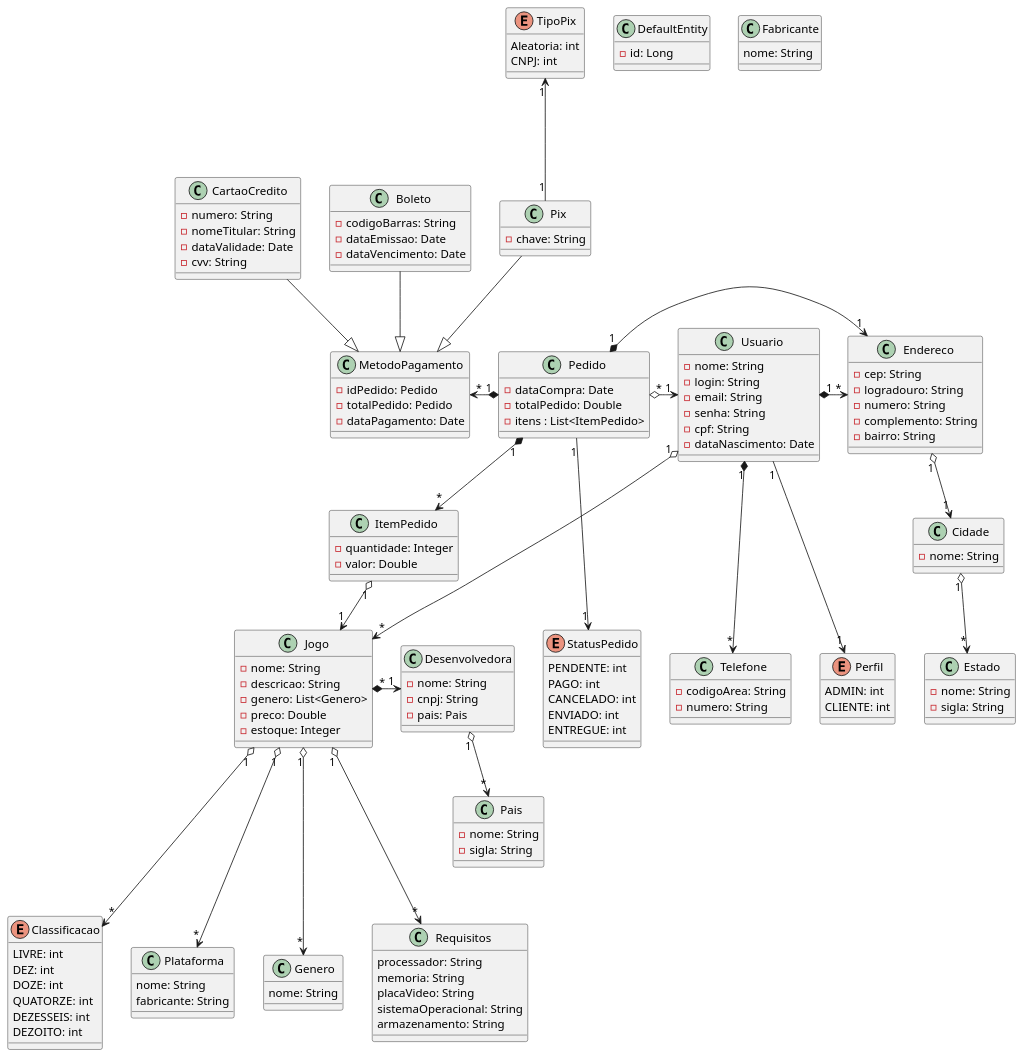
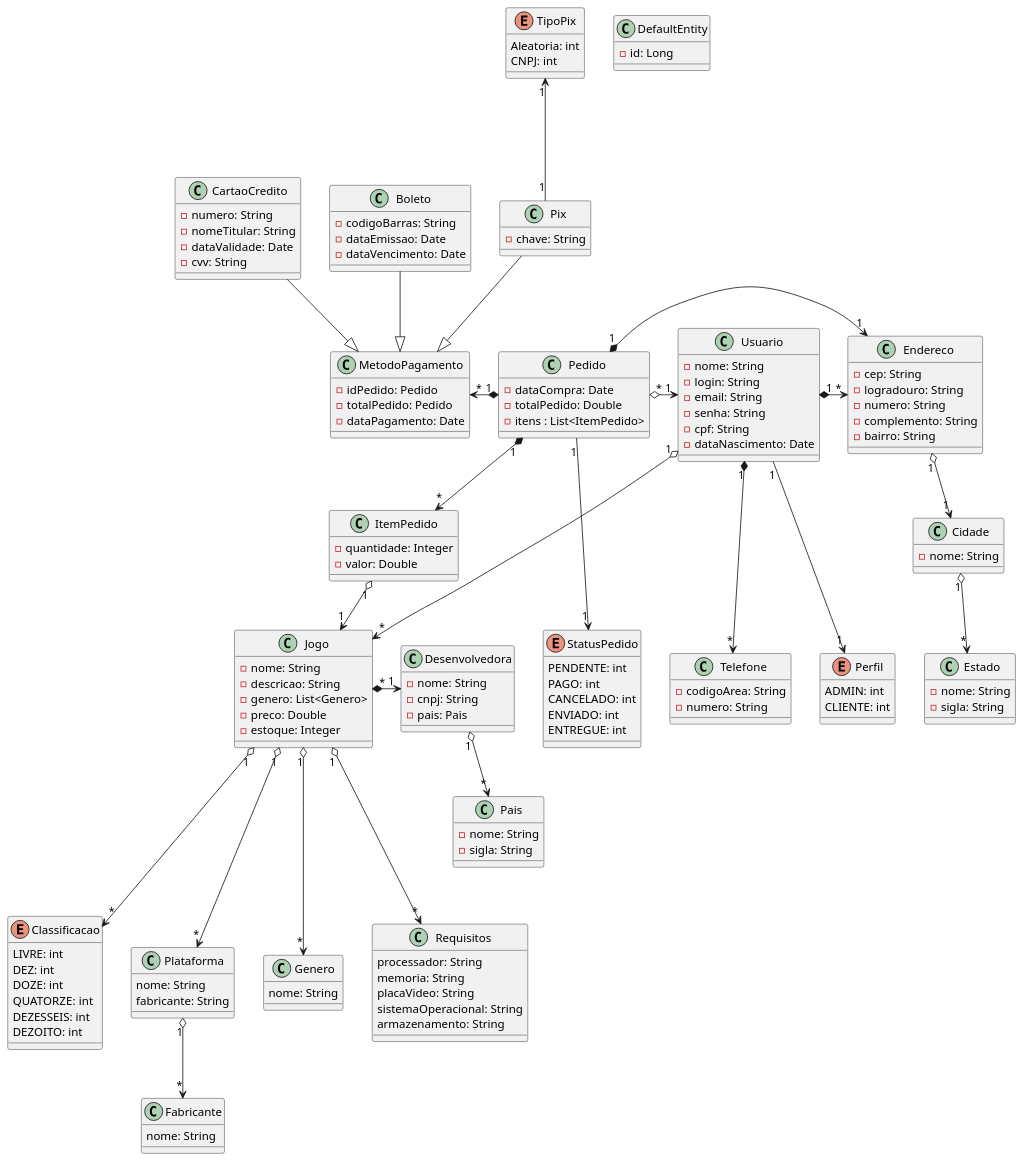
One commit to luisnoleto/topicos2-quarkus changed the diagram in uml.plantuml. Above: the diagram before and after it, drawn with PlantUML. The commit also changed 4 other files, not shown here.

```diff
--- a/uml.plantuml
+++ b/uml.plantuml
@@ -1,178 +1,178 @@
 @startuml Uml
 
 class DefaultEntity{
     - id: Long
 }
 
 class Usuario{
     - nome: String
     - login: String
     - email: String
     - senha: String
     - cpf: String
     - dataNascimento: Date
 }
 
 class CartaoCredito{
     - numero: String
     - nomeTitular: String
     - dataValidade: Date
     - cvv: String
 }
 
 class MetodoPagamento{
     - idPedido: Pedido
     - totalPedido: Pedido
     - dataPagamento: Date
 }
 
 
 class Telefone{
     - codigoArea: String
     - numero: String
 }
 
 class Jogo{
     - nome: String
     - descricao: String
     - genero: List<Genero>
     - preco: Double
     - estoque: Integer
 }
 
 class Boleto{
     - codigoBarras: String
     - dataEmissao: Date
     - dataVencimento: Date
 }
 
 class Pix{
     - chave: String
 }
 
 class Endereco{
     - cep: String
     - logradouro: String
     - numero: String
     - complemento: String
     - bairro: String
 }
 
 class Cidade{
     - nome: String
 }
 
 class Estado{
     - nome: String
     - sigla: String
 }
 
 class Pedido{
     - dataCompra: Date
     - totalPedido: Double
     - itens : List<ItemPedido>
 }
 
 class ItemPedido{
     - quantidade: Integer
     - valor: Double
 
 }
 
 class Pais{
     - nome: String
     - sigla: String
 
 }
 
 class Desenvolvedora{
     - nome: String
     - cnpj: String
     - pais: Pais
 }
 
 
 class Plataforma{
     nome: String
     fabricante: String
 }
 
 class Genero{
     nome: String
 }
 
 
 class Fabricante{
     nome: String
 }
 
 
 class Requisitos{
     processador: String
     memoria: String
     placaVideo: String
     sistemaOperacional: String
     armazenamento: String
 }
 
 Enum StatusPedido{
     PENDENTE: int
     PAGO: int
     CANCELADO: int
     ENVIADO: int
     ENTREGUE: int
 }
 
 Enum Classificacao{
     LIVRE: int
     DEZ: int
     DOZE: int
     QUATORZE: int
     DEZESSEIS: int
     DEZOITO: int
 }
 
 Enum TipoPix{
     Aleatoria: int
     CNPJ: int
 }
 
 Enum Perfil{
     ADMIN: int
     CLIENTE: int
 }
 
 
 
 Usuario "1" *--down-> "*" Telefone
 Usuario "1" *--right-> "*" Endereco
 Usuario "1" o--down-> "*" Jogo
 Usuario "1" --down-> "1" Perfil
 
 Pedido "*" o--right-> "1" Usuario
 Pedido "1" *--right->"*" ItemPedido
 Pedido "1" --down-> "1" StatusPedido
 Pedido "1" *--right-> "1" Endereco
 Pedido "1" *--left-> "*" MetodoPagamento
 
 ItemPedido "1" o--> "1" Jogo
 
 
 Jogo "*" *--right-> "1" Desenvolvedora
 Jogo "1" o--down-> "*" Genero
 Jogo "1" o--down-> "*" Classificacao
 Jogo "1" o--down-> "*" Plataforma
 Jogo "1" o--down-> "*" Requisitos
 Endereco "1" o--> "1" Cidade
 Cidade "1" o--> "*" Estado
 
 Desenvolvedora "1" o--> "*" Pais
-
+Plataforma "1" o--> "*" Fabricante
 
 Pix "1" --up-> "1" TipoPix
 Boleto --|> MetodoPagamento
 Pix --|> MetodoPagamento
 CartaoCredito --|> MetodoPagamento
 
 
 @enduml
```
